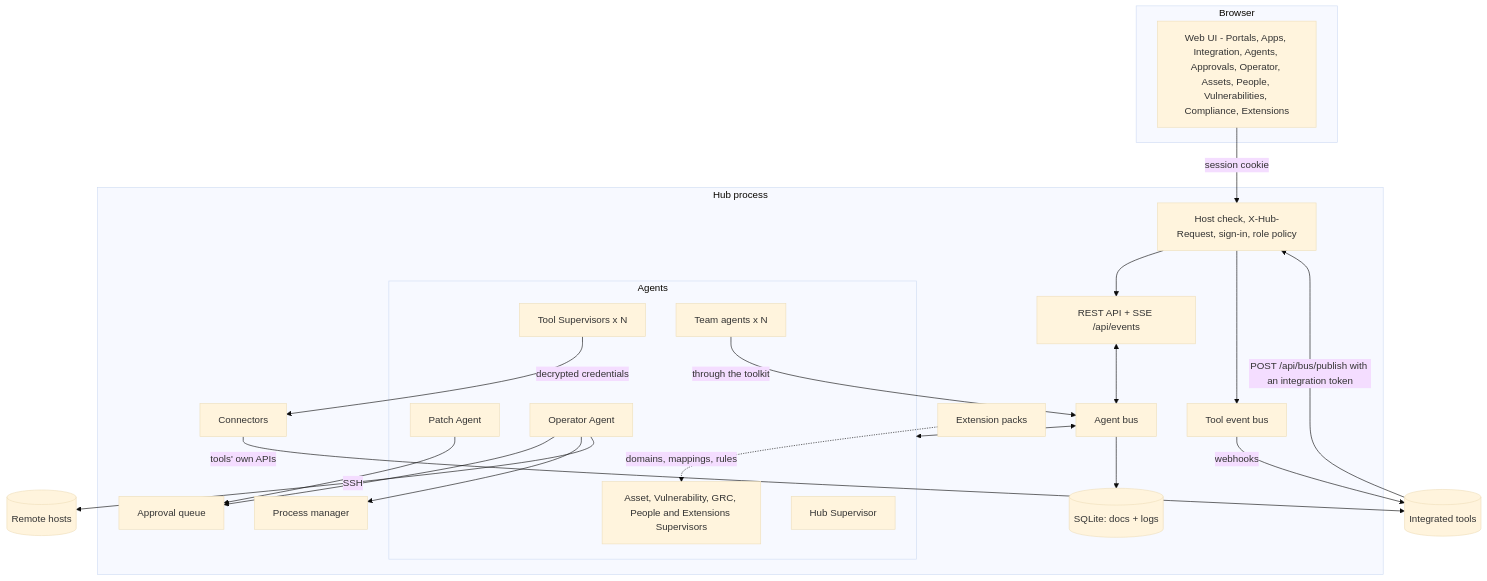
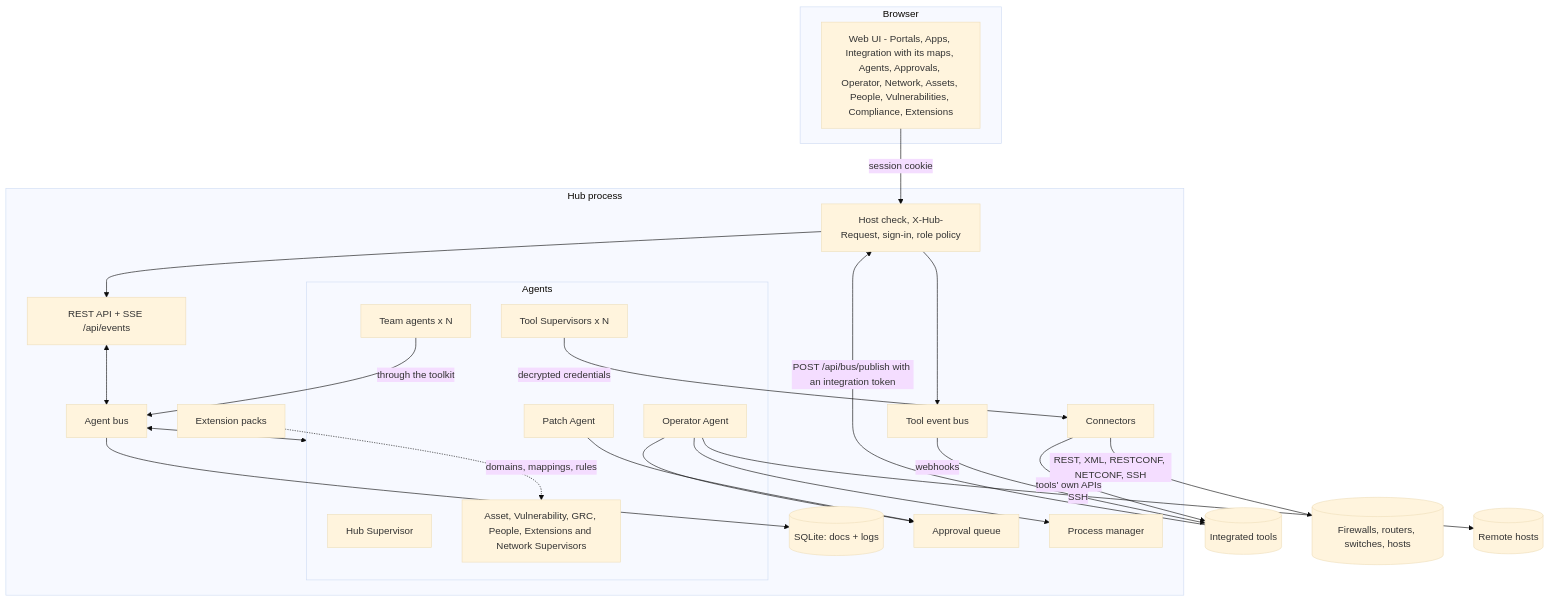
One commit to IvenGe/atrium changed the first of 4 diagrams in docs/ARCHITECTURE.md. Above: the diagram before and after it, drawn with Mermaid (base theme). The commit also changed other lines of this file and 145 other files, not shown here.

First line of the commit message:
Round 3: CyFun frameworks, network devices, guarded changes, maps; final review fixes

````diff
--- a/docs/ARCHITECTURE.md
+++ b/docs/ARCHITECTURE.md
@@ -7,41 +7,42 @@
 ```mermaid
 flowchart TB
   subgraph Browser
-    ui[Web UI - Portals, Apps, Integration, Agents, Approvals, Operator, Assets, People, Vulnerabilities, Compliance, Extensions]
+    ui[Web UI - Portals, Apps, Integration with its maps, Agents, Approvals, Operator, Network, Assets, People, Vulnerabilities, Compliance, Extensions]
   end
   subgraph Hub process
     guard[Host check, X-Hub-Request, sign-in, role policy]
     api[REST API + SSE /api/events]
     bus[Agent bus]
     store[(SQLite: docs + logs)]
     subgraph Agents
       sup[Hub Supervisor]
       ts[Tool Supervisors x N]
       pa[Patch Agent]
       op[Operator Agent]
-      mods[Asset, Vulnerability, GRC, People and Extensions Supervisors]
+      mods[Asset, Vulnerability, GRC, People, Extensions and Network Supervisors]
       team[Team agents x N]
     end
     conn[Connectors]
     ext[Extension packs]
     appr[Approval queue]
     proc[Process manager]
     tbus[Tool event bus]
   end
   ui -- session cookie --> guard
   guard --> api
   api <--> bus
   bus <--> Agents
   bus --> store
   ts -- decrypted credentials --> conn
   conn -- tools' own APIs --> tools[(Integrated tools)]
+  conn -- REST, XML, RESTCONF, NETCONF, SSH --> devices[(Firewalls, routers, switches, hosts)]
   ext -. domains, mappings, rules .-> mods
   pa --> appr
   op --> appr
   op --> proc
   tbus -- webhooks --> tools
   tools -- POST /api/bus/publish with an integration token --> guard
   guard --> tbus
   op -- SSH --> hosts[(Remote hosts)]
   team -- through the toolkit --> bus
 ```
````
